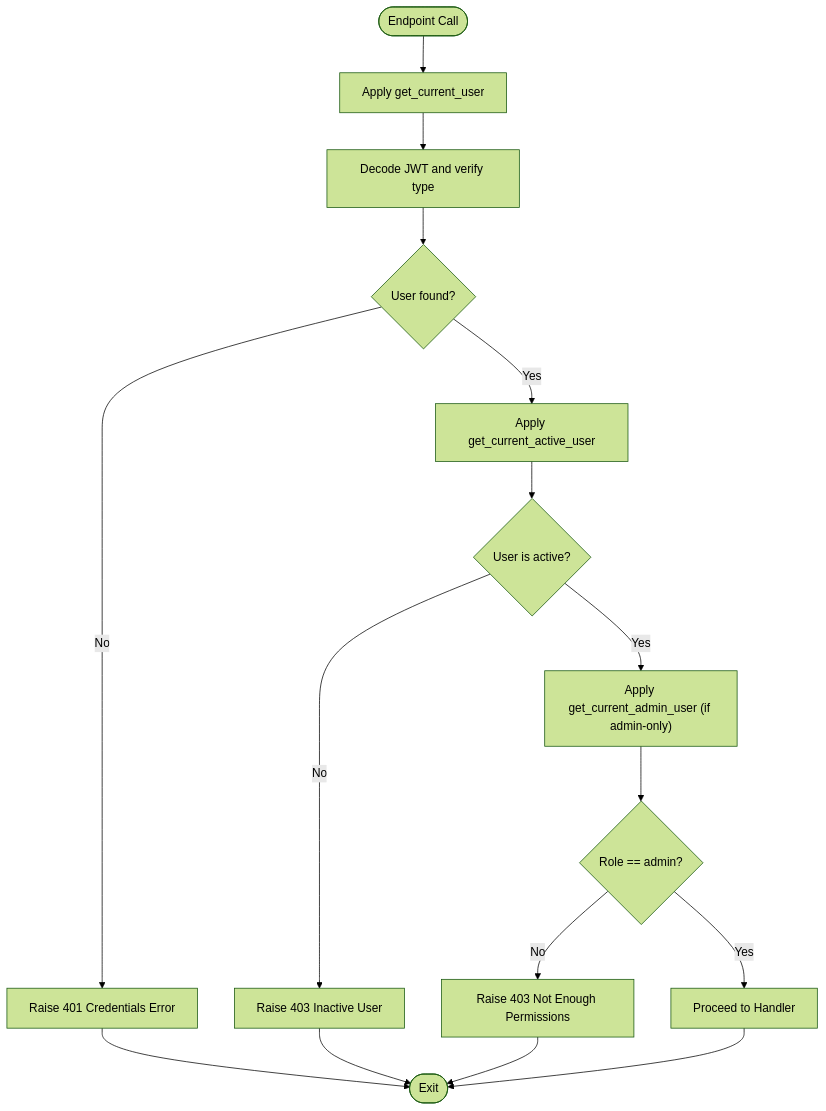
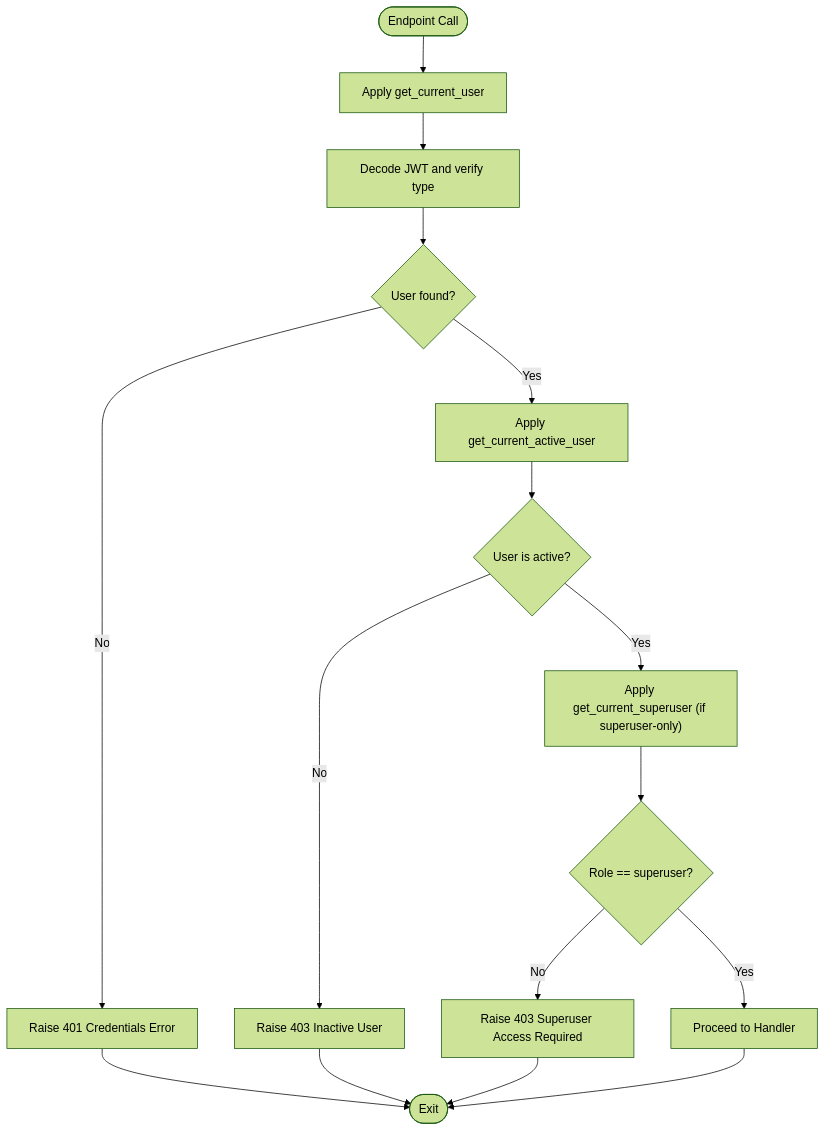
The third of 6 diagrams in .qoder/repowiki/en/content/Authentication & Authorization System/User Roles & Permissions.md (Nikita5543/New-SSO-02), drawn with Mermaid (forest theme) before and after one commit. The commit also changed other lines of this file and 4 other files, not shown here.

````diff
--- a/.qoder/repowiki/en/content/Authentication & Authorization System/User Roles & Permissions.md
+++ b/.qoder/repowiki/en/content/Authentication & Authorization System/User Roles & Permissions.md
@@ -172,18 +184,18 @@
 ```mermaid
 flowchart TD
 Start(["Endpoint Call"]) --> CheckAuth["Apply get_current_user"]
 CheckAuth --> Decode["Decode JWT and verify type"]
 Decode --> Found{"User found?"}
 Found --> |No| DenyCreds["Raise 401 Credentials Error"]
 Found --> |Yes| CheckActive["Apply get_current_active_user"]
 CheckActive --> Active{"User is active?"}
 Active --> |No| DenyInactive["Raise 403 Inactive User"]
-Active --> |Yes| CheckRole["Apply get_current_admin_user (if admin-only)"]
-CheckRole --> IsAdmin{"Role == admin?"}
-IsAdmin --> |No| DenyAdmin["Raise 403 Not Enough Permissions"]
-IsAdmin --> |Yes| Allow["Proceed to Handler"]
+Active --> |Yes| CheckRole["Apply get_current_superuser (if superuser-only)"]
+CheckRole --> IsSuperuser{"Role == superuser?"}
+IsSuperuser --> |No| DenySuperuser["Raise 403 Superuser Access Required"]
+IsSuperuser --> |Yes| Allow["Proceed to Handler"]
 DenyCreds --> End(["Exit"])
 DenyInactive --> End
-DenyAdmin --> End
+DenySuperuser --> End
 Allow --> End
 ```
````
